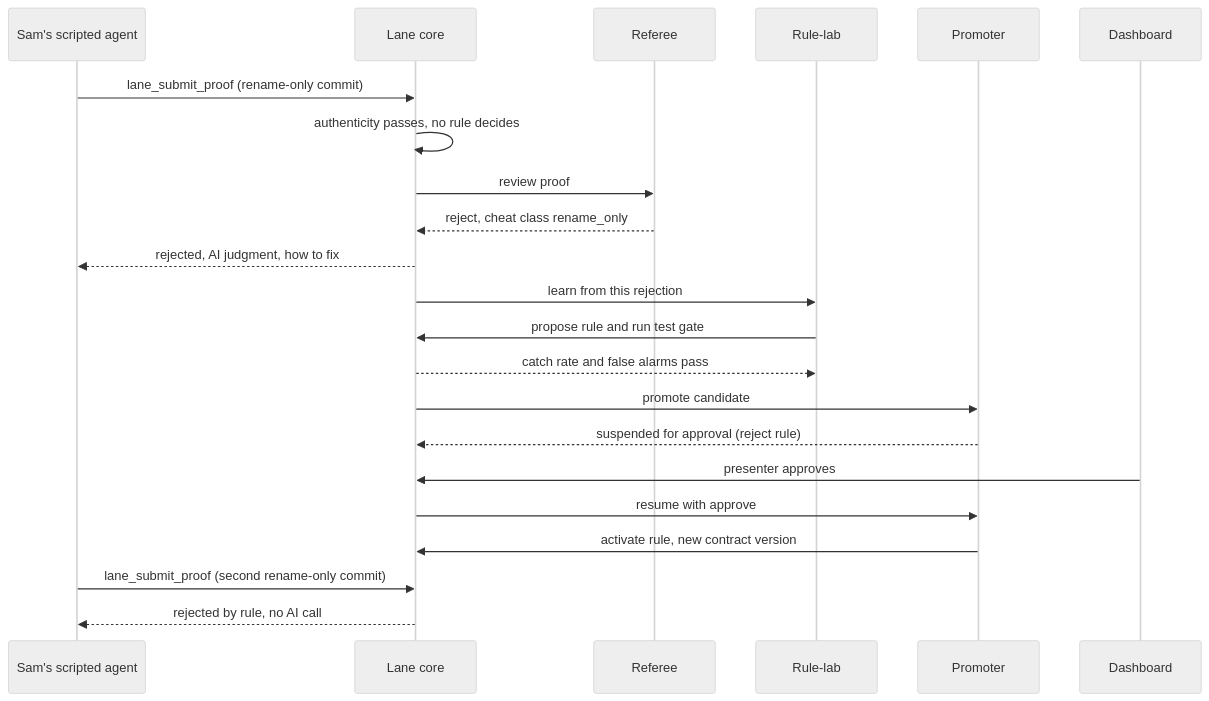
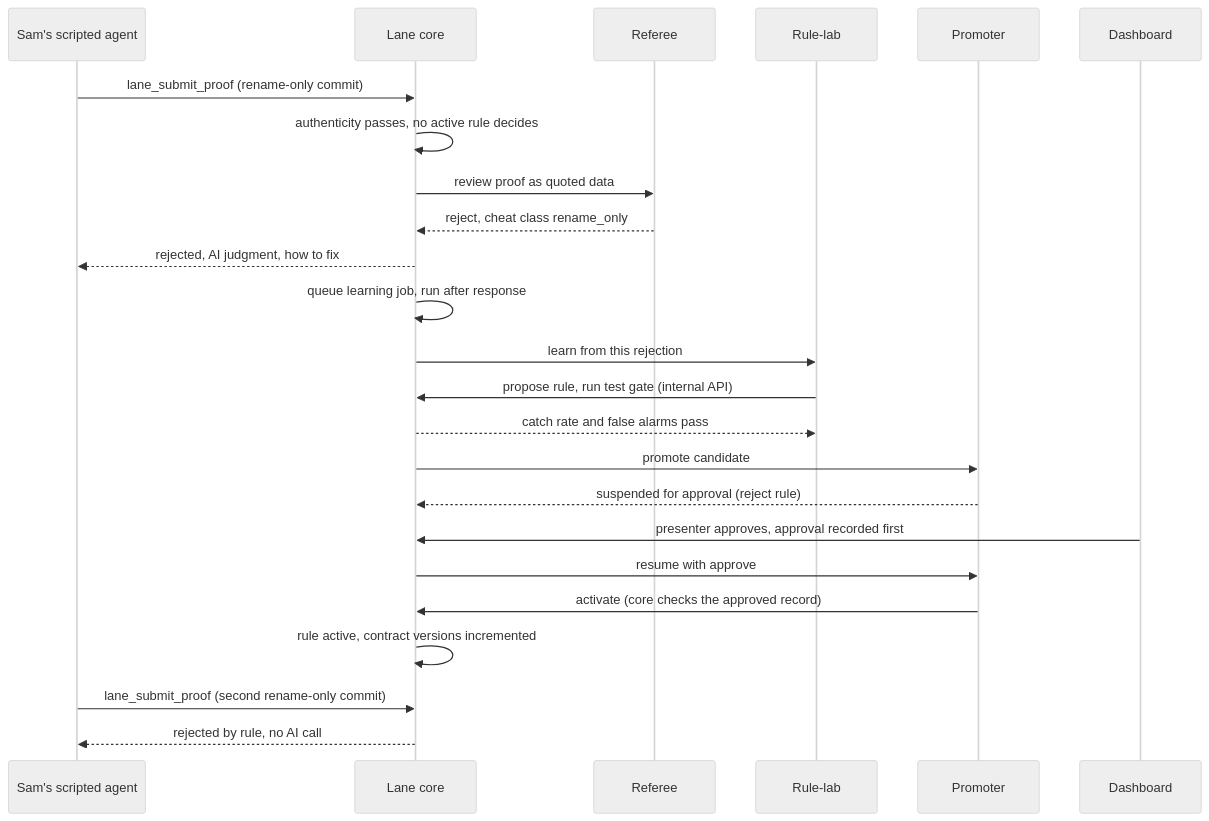
Before and after one commit to mxblmr/lane: the third of 5 diagrams in docs/plans/2026-10-11-1233-feat-lane-mvp-plan.md, drawn with Mermaid (neutral theme). The commit also changed other lines of this file, not shown here.

Commit message:
docs: deepen Lane MVP plan with review findings

````diff
--- a/docs/plans/2026-10-11-1233-feat-lane-mvp-plan.md
+++ b/docs/plans/2026-10-11-1233-feat-lane-mvp-plan.md
@@ -291,24 +336,26 @@
 ```mermaid
 sequenceDiagram
   participant Sam as Sam's scripted agent
   participant Core as Lane core
   participant Ref as Referee
   participant Lab as Rule-lab
   participant Prom as Promoter
   participant Dash as Dashboard
   Sam->>Core: lane_submit_proof (rename-only commit)
-  Core->>Core: authenticity passes, no rule decides
-  Core->>Ref: review proof
+  Core->>Core: authenticity passes, no active rule decides
+  Core->>Ref: review proof as quoted data
   Ref-->>Core: reject, cheat class rename_only
   Core-->>Sam: rejected, AI judgment, how to fix
+  Core->>Core: queue learning job, run after response
   Core->>Lab: learn from this rejection
-  Lab->>Core: propose rule and run test gate
+  Lab->>Core: propose rule, run test gate (internal API)
   Core-->>Lab: catch rate and false alarms pass
   Core->>Prom: promote candidate
   Prom-->>Core: suspended for approval (reject rule)
-  Dash->>Core: presenter approves
+  Dash->>Core: presenter approves, approval recorded first
   Core->>Prom: resume with approve
-  Prom->>Core: activate rule, new contract version
+  Prom->>Core: activate (core checks the approved record)
+  Core->>Core: rule active, contract versions incremented
   Sam->>Core: lane_submit_proof (second rename-only commit)
   Core-->>Sam: rejected by rule, no AI call
 ```
````
